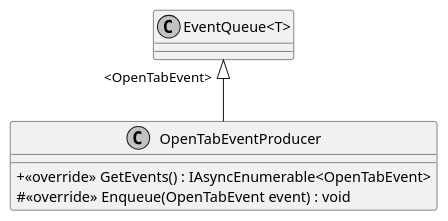
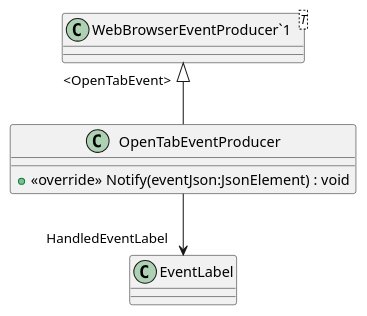
One commit to insightmind/MORR changed the diagram in application/plantuml/Modules/WebBrowser/Producers/OpenTabEventProducer.puml. Above: the diagram before and after it, drawn with PlantUML. The commit also changed 165 other files, not shown here.

```diff
--- a/application/plantuml/Modules/WebBrowser/Producers/OpenTabEventProducer.puml
+++ b/application/plantuml/Modules/WebBrowser/Producers/OpenTabEventProducer.puml
@@ -1,12 +1,9 @@
 @startuml
-skinparam monochrome true
-skinparam ClassAttributeIconSize 0
-
 class OpenTabEventProducer {
-    + <<override>> GetEvents() : IAsyncEnumerable<OpenTabEvent>
-    # <<override>> Enqueue(OpenTabEvent event) : void
+    + <<override>> Notify(eventJson:JsonElement) : void
 }
-class "EventQueue<T>" {
+class "WebBrowserEventProducer`1"<T> {
 }
-"EventQueue<T>" "<OpenTabEvent>" <|-- OpenTabEventProducer
+"WebBrowserEventProducer`1" "<OpenTabEvent>" <|-- OpenTabEventProducer
+OpenTabEventProducer --> "HandledEventLabel" EventLabel
 @enduml
```
